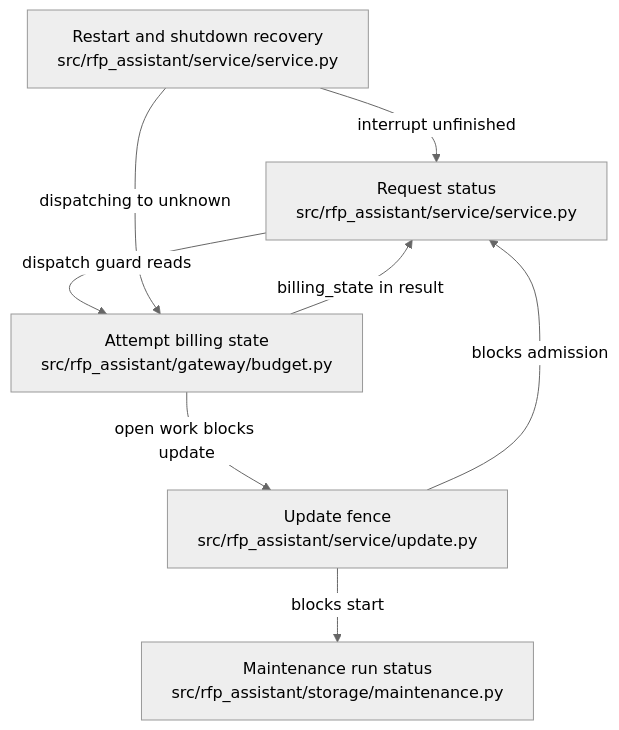
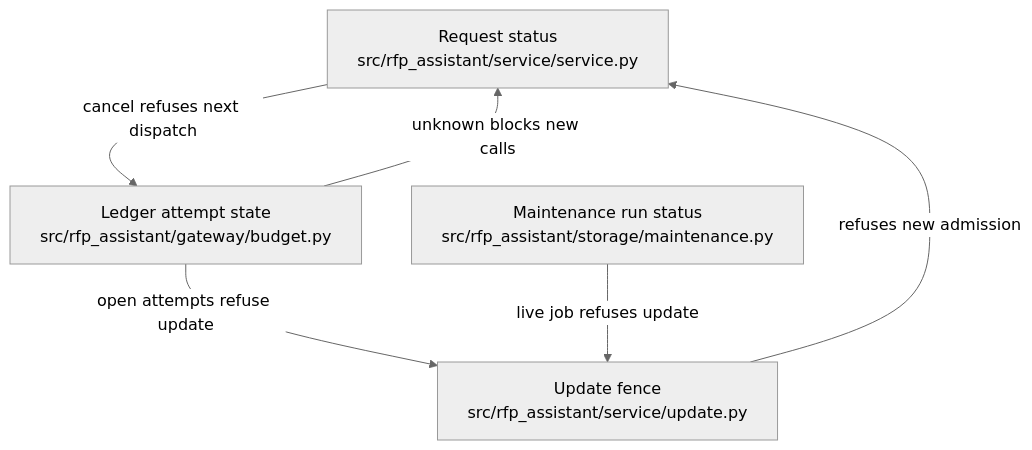
Before and after one commit to littleeeeebit/project-codeit-mid: the diagram in .omm/state-transitions/diagram.mmd, drawn with Mermaid (neutral theme). The commit also changed 364 other files, not shown here.

```diff
--- a/.omm/state-transitions/diagram.mmd
+++ b/.omm/state-transitions/diagram.mmd
@@ -1,8 +1,10 @@
 graph TD
-  request-status["Request status\nsrc/rfp_assistant/service/service.py"] -->|"dispatch guard reads"| attempt-billing["Attempt billing state\nsrc/rfp_assistant/gateway/budget.py"]
-  attempt-billing -->|"billing_state in result"| request-status
-  restart-recovery["Restart and shutdown recovery\nsrc/rfp_assistant/service/service.py"] -->|"interrupt unfinished"| request-status
-  restart-recovery -->|"dispatching to unknown"| attempt-billing
-  update-fence["Update fence\nsrc/rfp_assistant/service/update.py"] -->|"blocks admission"| request-status
-  update-fence -->|"blocks start"| maintenance-run["Maintenance run status\nsrc/rfp_assistant/storage/maintenance.py"]
-  attempt-billing -->|"open work blocks update"| update-fence
+  request-status["Request status\nsrc/rfp_assistant/service/service.py"]
+  attempt-state["Ledger attempt state\nsrc/rfp_assistant/gateway/budget.py"]
+  maintenance-run-status["Maintenance run status\nsrc/rfp_assistant/storage/maintenance.py"]
+  update-fence["Update fence\nsrc/rfp_assistant/service/update.py"]
+  request-status -->|cancel refuses next dispatch| attempt-state
+  attempt-state -->|unknown blocks new calls| request-status
+  update-fence -->|refuses new admission| request-status
+  attempt-state -->|open attempts refuse update| update-fence
+  maintenance-run-status -->|live job refuses update| update-fence
```
